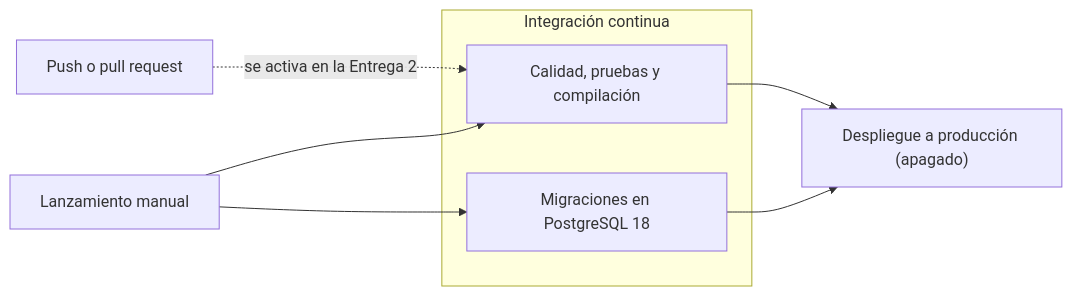
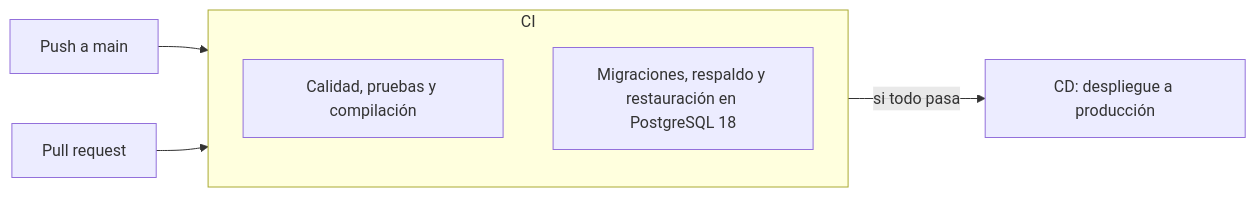
Before and after one commit to JCdelao/patronato: the diagram in docs/pipeline-ci-cd.md, drawn with Mermaid. The commit also changed other lines of this file and 35 other files, not shown here.

````diff
--- a/docs/pipeline-ci-cd.md
+++ b/docs/pipeline-ci-cd.md
@@ -9,15 +12,12 @@
 ```mermaid
 flowchart LR
-    dev["Push o pull request"] -.->|"se activa en la Entrega 2"| verificar
-    manual["Lanzamiento manual"] --> verificar
-    manual --> migraciones
+    push["Push a main"] --> ci
+    pr["Pull request"] --> ci
 
-    subgraph ci["Integración continua"]
+    subgraph ci["CI"]
         verificar["Calidad, pruebas y compilación"]
-        migraciones["Migraciones en PostgreSQL 18"]
+        bd["Migraciones, respaldo y restauración en PostgreSQL 18"]
     end
 
-    verificar --> desplegar
-    migraciones --> desplegar
-    desplegar["Despliegue a producción (apagado)"]
+    ci -->|"si todo pasa"| cd["CD: despliegue a producción"]
 ```
````
